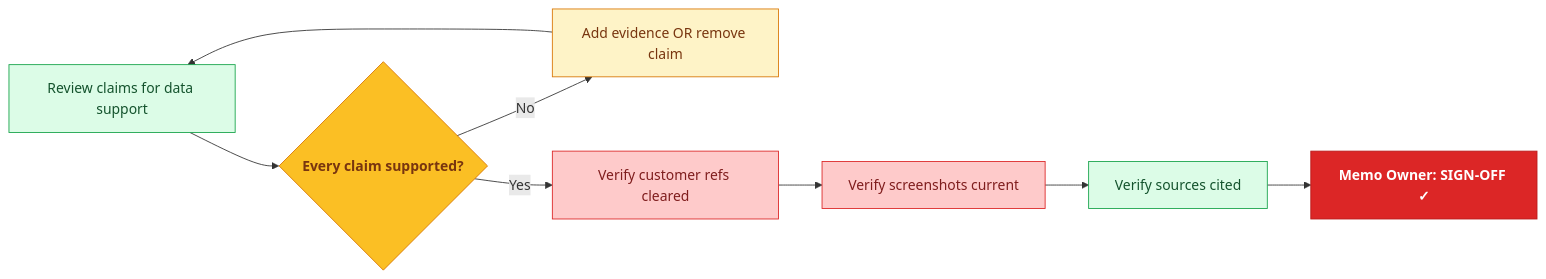
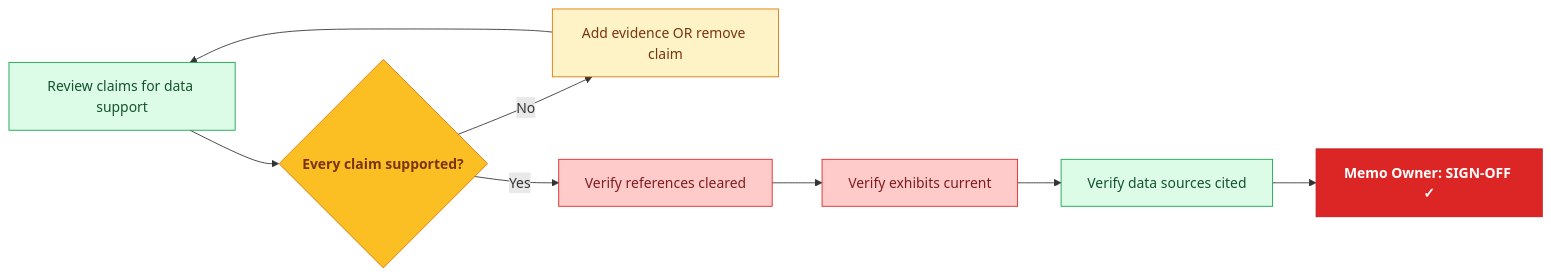
Diagram 14 of 16 in README.md (mrchanpark/IC-Memo-Flow-Chart-V2), drawn with Mermaid before and after one commit. The commit also changed other lines of this file and 2 other files, not shown here.

````diff
--- a/README.md
+++ b/README.md
@@ -365,15 +366,15 @@
 ```mermaid
 flowchart LR
   A["Review claims for data support"]:::grn --> B{"Every claim supported?"}:::yelD
   B -- No --> C["Add evidence OR remove claim"]:::yel
   C --> A
-  B -- Yes --> D["Verify customer refs cleared"]:::red
-  D --> E["Verify screenshots current"]:::red
-  E --> F["Verify sources cited"]:::grn
+  B -- Yes --> D["Verify references cleared"]:::red
+  D --> E["Verify exhibits current"]:::red
+  E --> F["Verify data sources cited"]:::grn
   F --> G["Memo Owner: SIGN-OFF ✓"]:::redM
   classDef red fill:#fecaca,stroke:#dc2626,color:#7f1d1d
   classDef yel fill:#fef3c7,stroke:#d97706,color:#78350f
   classDef yelD fill:#fbbf24,stroke:#d97706,color:#78350f,font-weight:700
   classDef grn fill:#dcfce7,stroke:#16a34a,color:#14532d
   classDef redM fill:#dc2626,stroke:#b91c1c,color:#fff,font-weight:700
 ```
````
